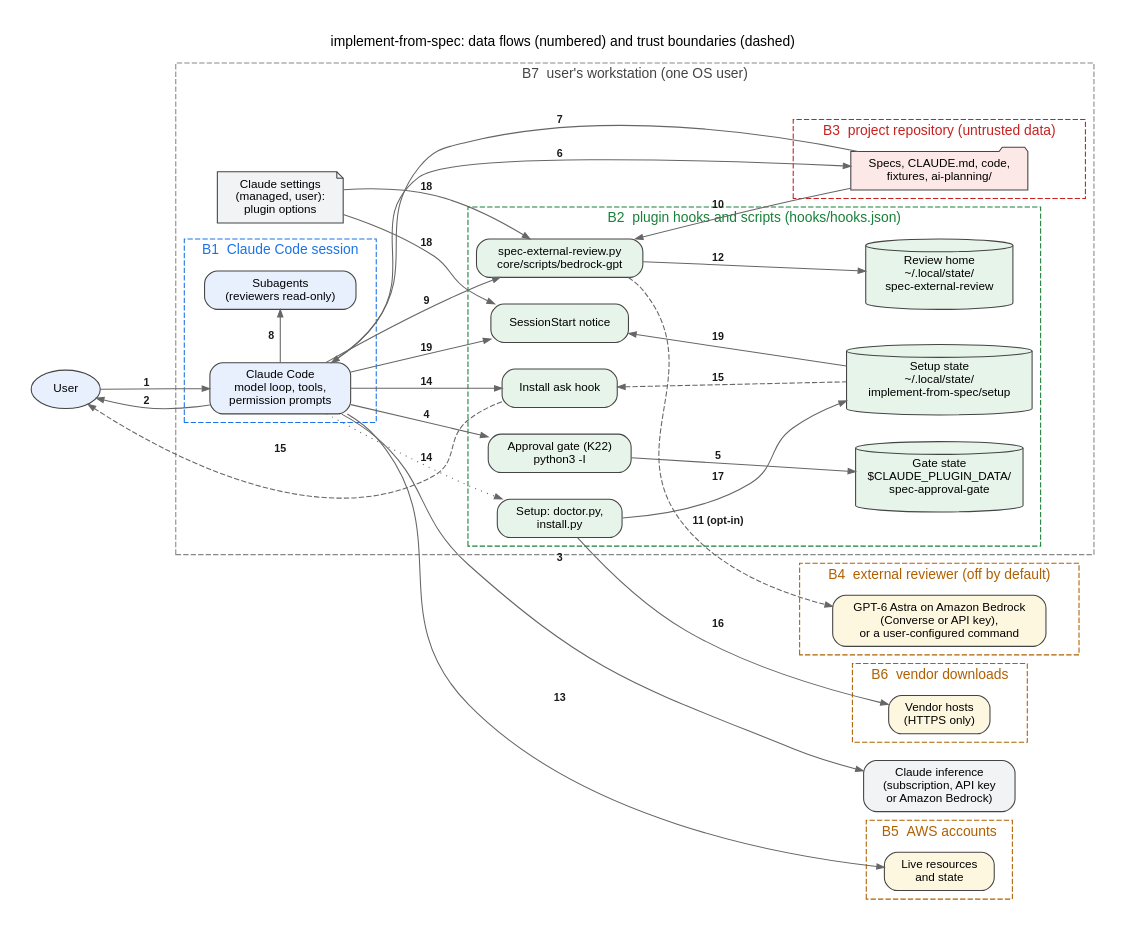
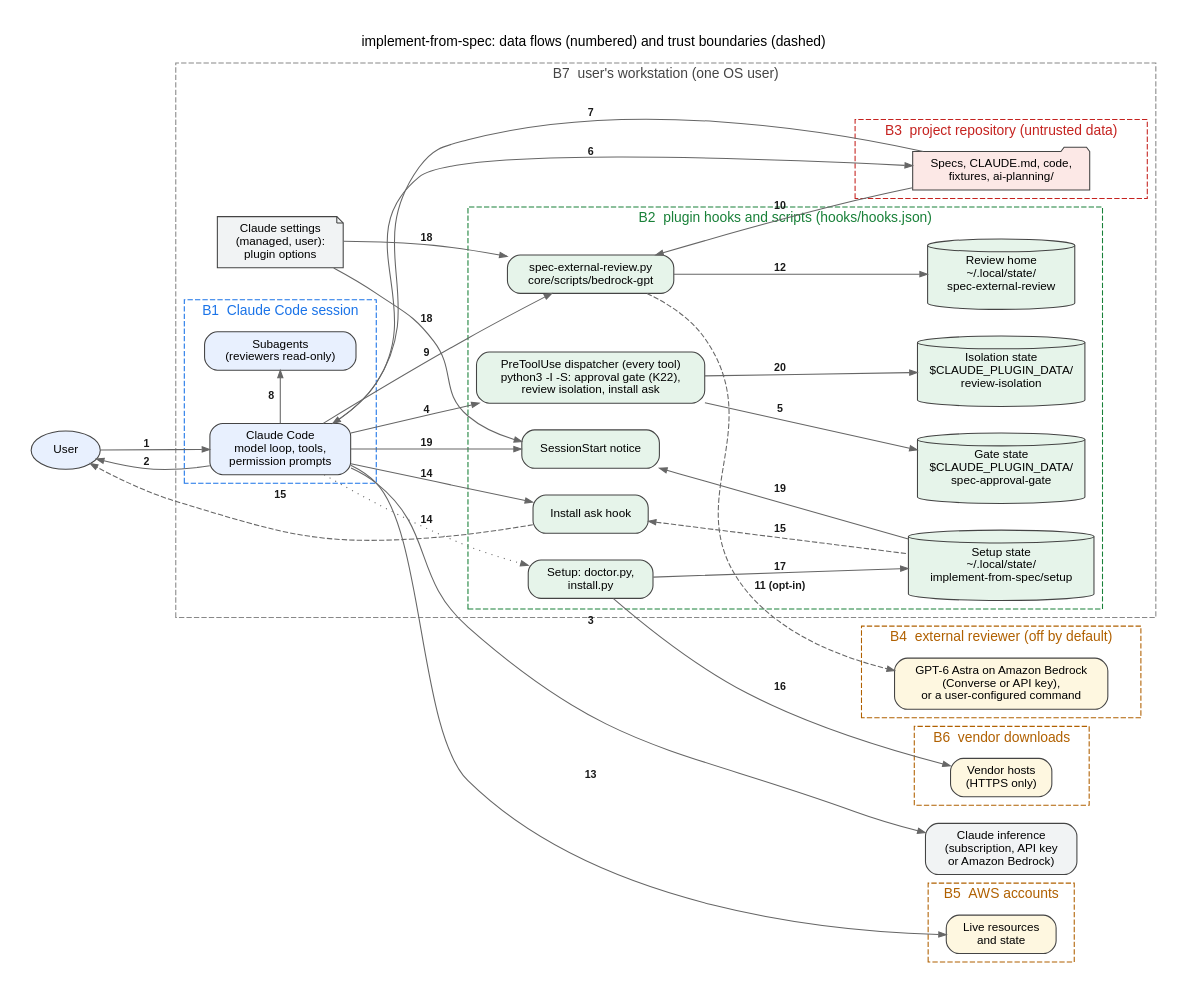
One commit to awslabs/implement-from-spec changed the diagram in docs/security/threat-model.dot. Above: the diagram before and after it, drawn with Graphviz. The commit also changed 65 other files, not shown here.

```diff
--- a/docs/security/threat-model.dot
+++ b/docs/security/threat-model.dot
@@ -1,87 +1,89 @@
 // Data flows and trust boundaries of the implement-from-spec plugin (docs/security/threat-model.md).
 // Edge numbers are the flows of the threat model's "Data flows" list. Only what a release ships is drawn;
 // the maintainers' test harness is out of scope.
 // Render: dot -Tsvg docs/security/threat-model.dot -o docs/security/threat-model.svg
 digraph threat_model {
   graph [rankdir=LR, newrank=true, fontname="Helvetica", fontsize=13, nodesep=0.35, ranksep=1.1, pad=0.3,
          splines=true, label="implement-from-spec: data flows (numbered) and trust boundaries (dashed)",
          labelloc=t];
   node  [fontname="Helvetica", fontsize=11, shape=box, style="rounded,filled", fillcolor="#FFFFFF",
          color="#444444", margin="0.15,0.08"];
   edge  [fontname="Helvetica-Bold", fontsize=10, fontcolor="#1A1A1A", color="#666666", arrowsize=0.7];
 
   user [label="User", shape=ellipse, fillcolor="#E8F0FE"];
 
   subgraph cluster_workstation {
     label="B7  user's workstation (one OS user)"; style="dashed"; color="#888888"; fontcolor="#444444";
 
     subgraph cluster_claude {
       label="B1  Claude Code session"; style="dashed"; color="#1A73E8"; fontcolor="#1A73E8";
       claude [label="Claude Code\nmodel loop, tools,\npermission prompts", fillcolor="#E8F0FE"];
       subagents [label="Subagents\n(reviewers read-only)", fillcolor="#E8F0FE"];
     }
 
     settings [label="Claude settings\n(managed, user):\nplugin options", shape=note, fillcolor="#F1F3F4"];
 
     subgraph cluster_plugin {
       label="B2  plugin hooks and scripts (hooks/hooks.json)"; style="dashed"; color="#188038"; fontcolor="#188038";
-      gate [label="Approval gate (K22)\npython3 -I", fillcolor="#E6F4EA"];
+      gate [label="PreToolUse dispatcher (every tool)\npython3 -I -S: approval gate (K22),\nreview isolation, install ask", fillcolor="#E6F4EA"];
       askhook [label="Install ask hook", fillcolor="#E6F4EA"];
       notice [label="SessionStart notice", fillcolor="#E6F4EA"];
       review [label="spec-external-review.py\ncore/scripts/bedrock-gpt", fillcolor="#E6F4EA"];
       installer [label="Setup: doctor.py,\ninstall.py", fillcolor="#E6F4EA"];
       gatestate [label="Gate state\n$CLAUDE_PLUGIN_DATA/\nspec-approval-gate", shape=cylinder, fillcolor="#E6F4EA"];
+      isostate [label="Isolation state\n$CLAUDE_PLUGIN_DATA/\nreview-isolation", shape=cylinder, fillcolor="#E6F4EA"];
       reviewhome [label="Review home\n~/.local/state/\nspec-external-review", shape=cylinder, fillcolor="#E6F4EA"];
       setupstate [label="Setup state\n~/.local/state/\nimplement-from-spec/setup", shape=cylinder, fillcolor="#E6F4EA"];
     }
 
     subgraph cluster_repo {
       label="B3  project repository (untrusted data)"; style="dashed"; color="#C5221F"; fontcolor="#C5221F";
       repo [label="Specs, CLAUDE.md, code,\nfixtures, ai-planning/", shape=folder, fillcolor="#FCE8E6"];
     }
   }
 
   inference [label="Claude inference\n(subscription, API key\nor Amazon Bedrock)", fillcolor="#F1F3F4"];
 
   subgraph cluster_reviewer {
     label="B4  external reviewer (off by default)"; style="dashed"; color="#B06000"; fontcolor="#B06000";
     reviewer [label="GPT-6 Astra on Amazon Bedrock\n(Converse or API key),\nor a user-configured command", fillcolor="#FEF7E0"];
   }
   subgraph cluster_aws {
     label="B5  AWS accounts"; style="dashed"; color="#B06000"; fontcolor="#B06000";
     aws [label="Live resources\nand state", fillcolor="#FEF7E0"];
   }
   subgraph cluster_vendors {
     label="B6  vendor downloads"; style="dashed"; color="#B06000"; fontcolor="#B06000";
     vendors [label="Vendor hosts\n(HTTPS only)", fillcolor="#FEF7E0"];
   }
 
   { rank=same; claude; subagents; }
   { rank=same; gate; askhook; notice; review; installer; }
   { rank=same; gatestate; reviewhome; setupstate; }
   { rank=same; inference; reviewer; aws; vendors; }
 
   user -> claude [label="1"];
   claude -> user [label="2"];
   claude -> inference [label="3"];
   claude -> gate [label="4"];
   gate -> gatestate [label="5"];
   claude -> repo [label="6"];
   repo -> claude [label="7"];
   claude -> subagents [label="8"];
   claude -> review [label="9"];
   review -> repo [label="10", dir=back];
   review -> reviewer [label="11 (opt-in)", style=dashed];
   review -> reviewhome [label="12"];
   claude -> aws [label="13"];
   claude -> askhook [label="14"];
   claude -> installer [label="14", style=dotted];
   askhook -> user [label="15", style=dashed, constraint=false];
   askhook -> setupstate [label="15", dir=back, style=dashed];
   installer -> vendors [label="16"];
   installer -> setupstate [label="17"];
   settings -> review [label="18"];
   settings -> notice [label="18"];
   claude -> notice [label="19"];
   notice -> setupstate [label="19", dir=back];
+  gate -> isostate [label="20"];
 }
```
